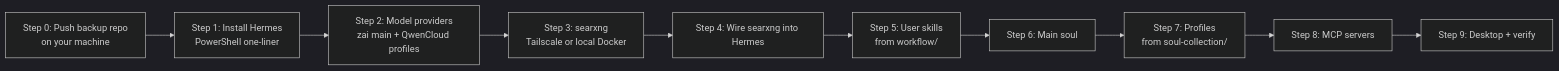
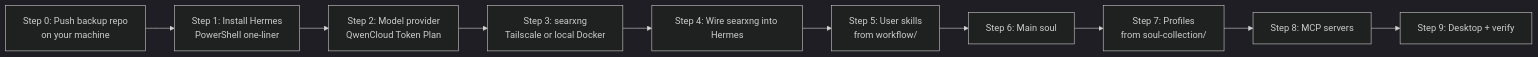
One commit to oat431/hermes_config_backup changed the diagram in Hermes-Setup-Install.md. Above: the diagram before and after it, drawn with Mermaid (dark theme). The commit also changed other lines of this file, not shown here.

Commit message:
docs: change model default from z.ai to qwen

````diff
--- a/Hermes-Setup-Install.md
+++ b/Hermes-Setup-Install.md
@@ -13,12 +13,12 @@
 ```mermaid
 flowchart LR
     A[Step 0: Push backup repo<br/>on your machine] --> B[Step 1: Install Hermes<br/>PowerShell one-liner]
-    B --> C[Step 2: Model providers<br/>zai main + QwenCloud profiles]
+    B --> C[Step 2: Model provider<br/>QwenCloud Token Plan]
     C --> D[Step 3: searxng<br/>Tailscale or local Docker]
     D --> E[Step 4: Wire searxng into Hermes]
     E --> F[Step 5: User skills<br/>from workflow/]
     F --> G[Step 6: Main soul]
     G --> H[Step 7: Profiles<br/>from soul-collection/]
     H --> I[Step 8: MCP servers]
     I --> J[Step 9: Desktop + verify]
 ```
````
